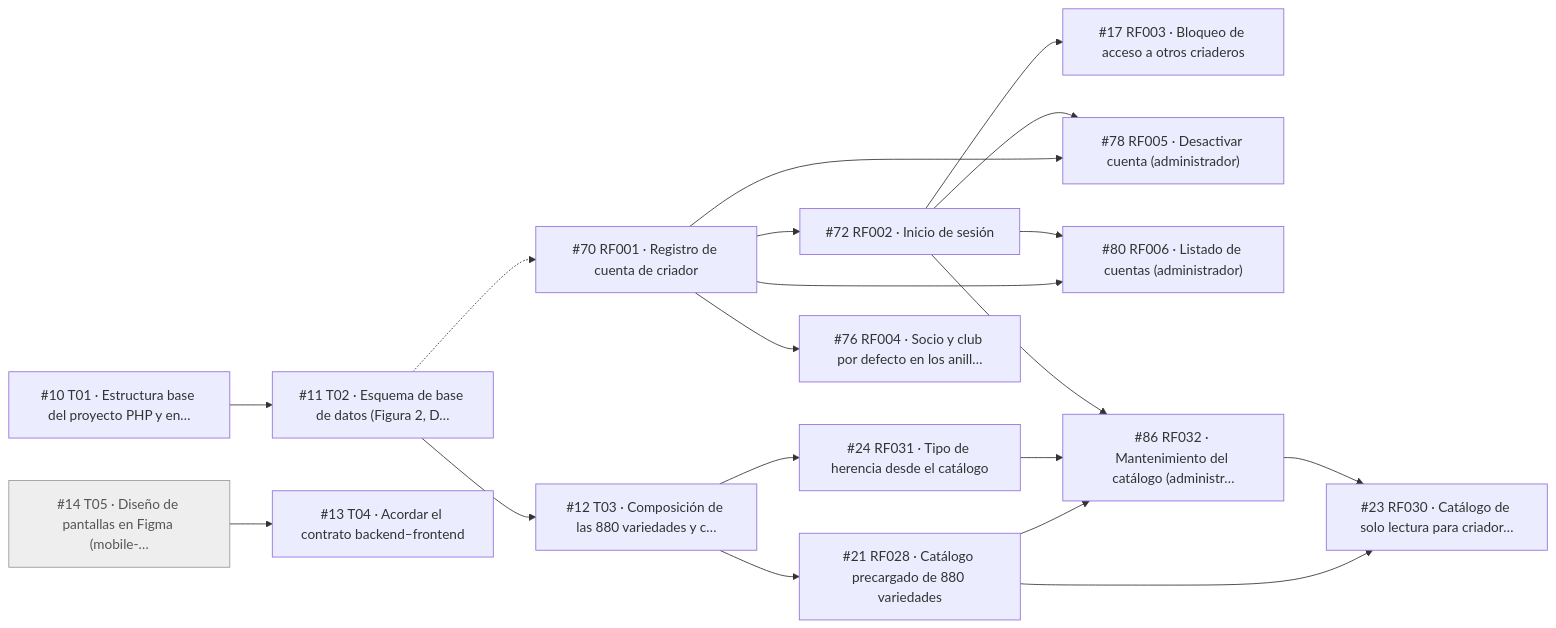
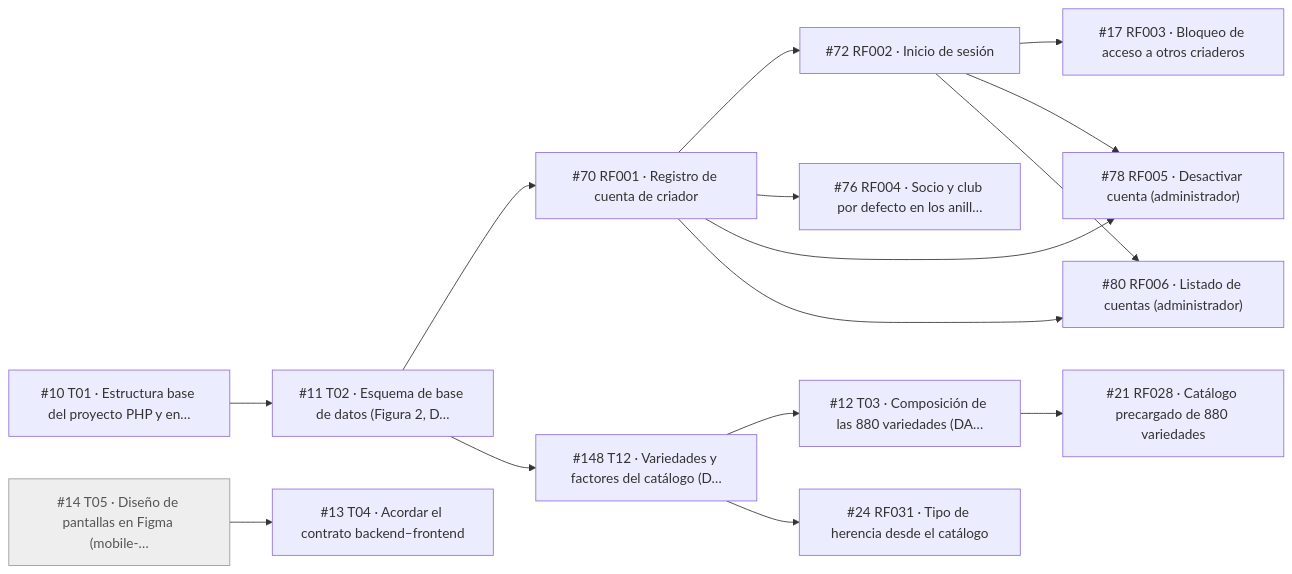
One commit to JereR1621/sistema-gestion-criadero-canarios changed the second of 11 diagrams in docs/guia-issues.md. Above: the diagram before and after it, drawn with Mermaid. The commit also changed other lines of this file and 4 other files, not shown here.

````diff
--- a/docs/guia-issues.md
+++ b/docs/guia-issues.md
@@ -59,38 +60,33 @@
 ```mermaid
 flowchart LR
     n14["#14 T05 · Diseño de pantallas en Figma (mobile-…"]:::antes
     n10["#10 T01 · Estructura base del proyecto PHP y en…"]
     n11["#11 T02 · Esquema de base de datos (Figura 2, D…"]
-    n12["#12 T03 · Composición de las 880 variedades y c…"]
+    n12["#12 T03 · Composición de las 880 variedades (DA…"]
     n13["#13 T04 · Acordar el contrato backend–frontend"]
     n17["#17 RF003 · Bloqueo de acceso a otros criaderos"]
     n21["#21 RF028 · Catálogo precargado de 880 variedades"]
-    n23["#23 RF030 · Catálogo de solo lectura para criador…"]
     n24["#24 RF031 · Tipo de herencia desde el catálogo"]
     n70["#70 RF001 · Registro de cuenta de criador"]
     n72["#72 RF002 · Inicio de sesión"]
     n76["#76 RF004 · Socio y club por defecto en los anill…"]
     n78["#78 RF005 · Desactivar cuenta (administrador)"]
     n80["#80 RF006 · Listado de cuentas (administrador)"]
-    n86["#86 RF032 · Mantenimiento del catálogo (administr…"]
+    n148["#148 T12 · Variedades y factores del catálogo (D…"]
     n10 --> n11
-    n11 --> n12
+    n148 --> n12
     n14 --> n13
     n72 --> n17
     n12 --> n21
-    n21 --> n23
-    n86 --> n23
-    n12 --> n24
-    n11 -.-> n70
+    n148 --> n24
+    n11 --> n70
     n70 --> n72
     n70 --> n76
     n70 --> n78
     n72 --> n78
     n70 --> n80
     n72 --> n80
-    n21 --> n86
-    n24 --> n86
-    n72 --> n86
+    n11 --> n148
     classDef antes fill:#eeeeee,stroke:#999999,color:#555555
     classDef ajuste fill:#fde2dc,stroke:#c0392b
 ```
````
